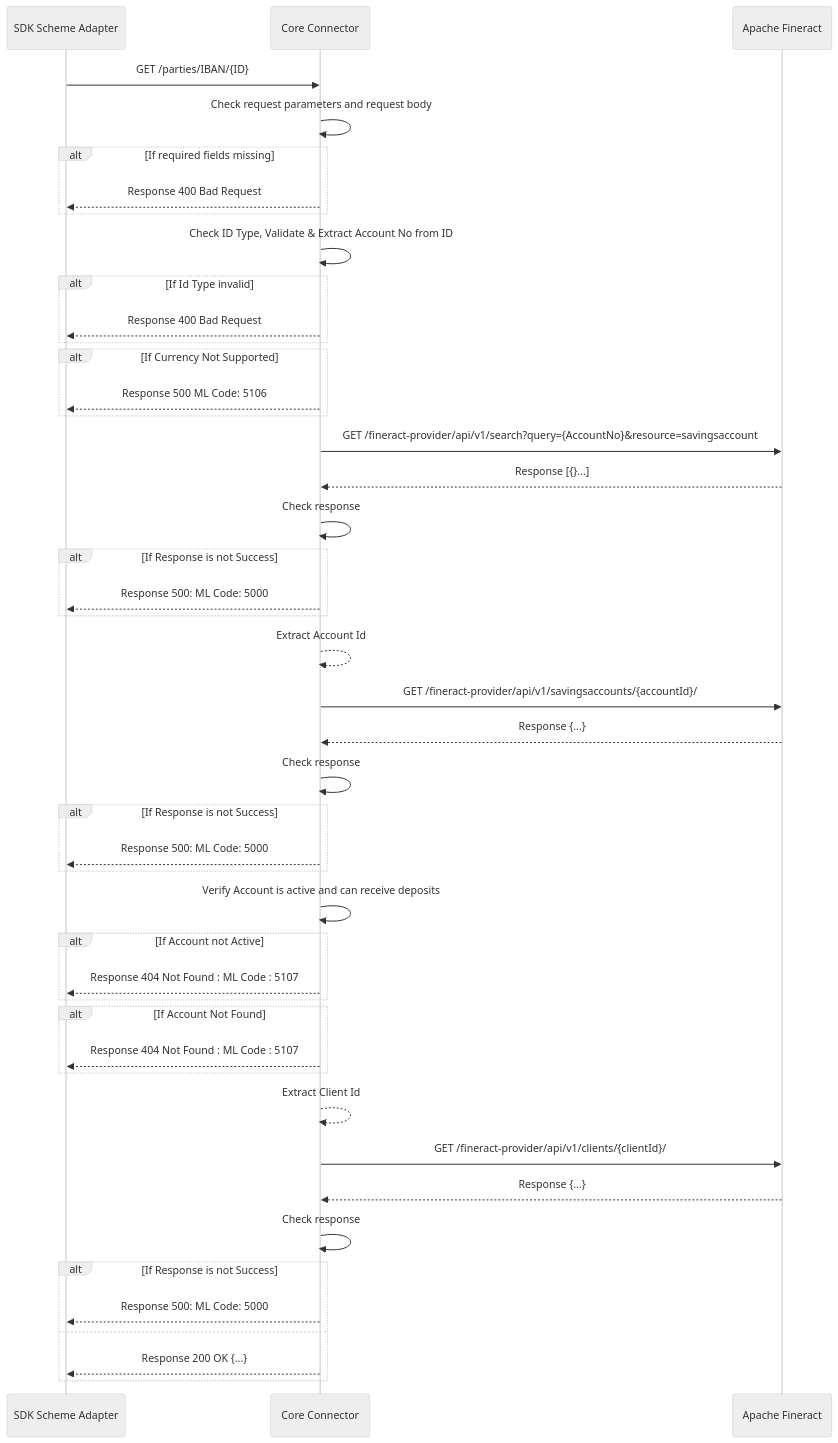
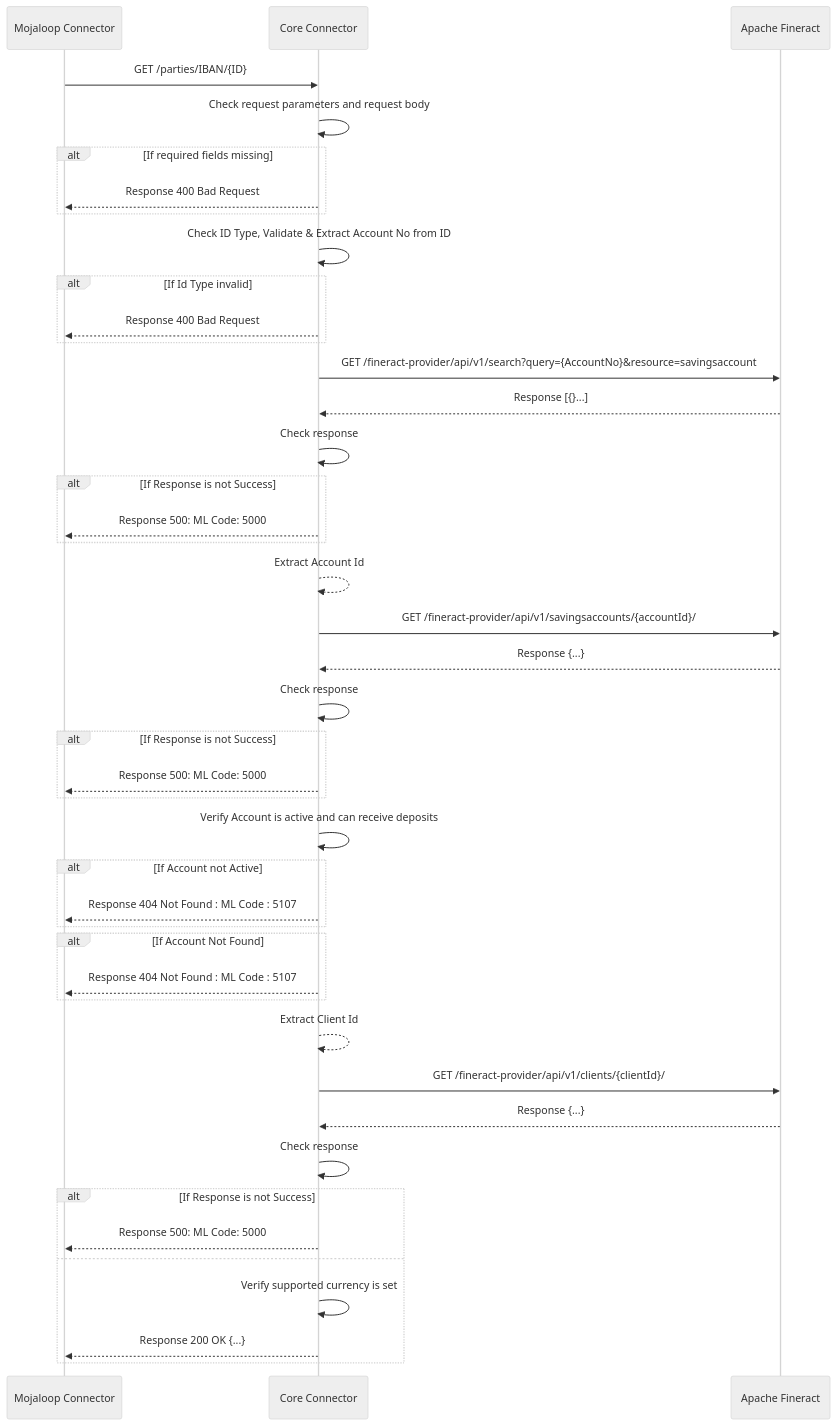
Before and after one commit to mojaloop/mifos-core-connector-docs: the diagram in docs/PayeeGetParties.md, drawn with Mermaid (neutral theme). The commit also changed 3 other files, not shown here.

Commit message:
chore: rename sdk to mojaloop connector and refine sequences

````diff
--- a/docs/PayeeGetParties.md
+++ b/docs/PayeeGetParties.md
@@ -3,46 +3,44 @@
 ```mermaid
 sequenceDiagram
-    SDK Scheme Adapter->>Core Connector: GET /parties/IBAN/{ID}
+    Mojaloop Connector->>Core Connector: GET /parties/IBAN/{ID}
     Core Connector ->> Core Connector: Check request parameters and request body
     Alt If required fields missing
-    Core Connector-->>SDK Scheme Adapter: Response 400 Bad Request
+    Core Connector-->>Mojaloop Connector: Response 400 Bad Request
     End
     Core Connector->>Core Connector: Check ID Type, Validate & Extract Account No from ID
     Alt If Id Type invalid
-    Core Connector-->>SDK Scheme Adapter: Response 400 Bad Request
-    End
-    Alt If Currency Not Supported
-    Core Connector -->> SDK Scheme Adapter: Response 500 ML Code: 5106
+    Core Connector-->>Mojaloop Connector: Response 400 Bad Request
     End
     Core Connector->>Apache Fineract: GET /fineract-provider/api/v1/search?query={AccountNo}&resource=savingsaccount
     Apache Fineract-->>Core Connector: Response [{}...]
     Core Connector ->> Core Connector: Check response
     Alt If Response is not Success
-    Core Connector -->> SDK Scheme Adapter: Response 500: ML Code: 5000
+    Core Connector -->> Mojaloop Connector: Response 500: ML Code: 5000
     End
     Core Connector-->>Core Connector: Extract Account Id
     Core Connector->>Apache Fineract: GET /fineract-provider/api/v1/savingsaccounts/{accountId}/
     Apache Fineract-->>Core Connector: Response {...}
     Core Connector ->> Core Connector: Check response
     Alt If Response is not Success
-    Core Connector -->> SDK Scheme Adapter: Response 500: ML Code: 5000
+    Core Connector -->> Mojaloop Connector: Response 500: ML Code: 5000
     End
     Core Connector->>Core Connector: Verify Account is active and can receive deposits
     Alt If Account not Active
-    Core Connector-->>SDK Scheme Adapter: Response 404 Not Found : ML Code : 5107
+    Core Connector-->>Mojaloop Connector: Response 404 Not Found : ML Code : 5107
     End
     Alt If Account Not Found
-    Core Connector-->>SDK Scheme Adapter: Response 404 Not Found : ML Code : 5107
+    Core Connector-->>Mojaloop Connector: Response 404 Not Found : ML Code : 5107
     End
     Core Connector-->>Core Connector: Extract Client Id
     Core Connector->>Apache Fineract: GET /fineract-provider/api/v1/clients/{clientId}/
     Apache Fineract-->>Core Connector: Response {...}
     Core Connector ->> Core Connector: Check response
     Alt If Response is not Success
-    Core Connector -->> SDK Scheme Adapter: Response 500: ML Code: 5000
+    Core Connector -->> Mojaloop Connector: Response 500: ML Code: 5000
     Else
-    Core Connector-->>SDK Scheme Adapter: Response 200 OK {...}
+    Core Connector ->> Core Connector: Verify supported currency is set
+    Core Connector-->>Mojaloop Connector: Response 200 OK {...}
     End
 
     
 ```
````
